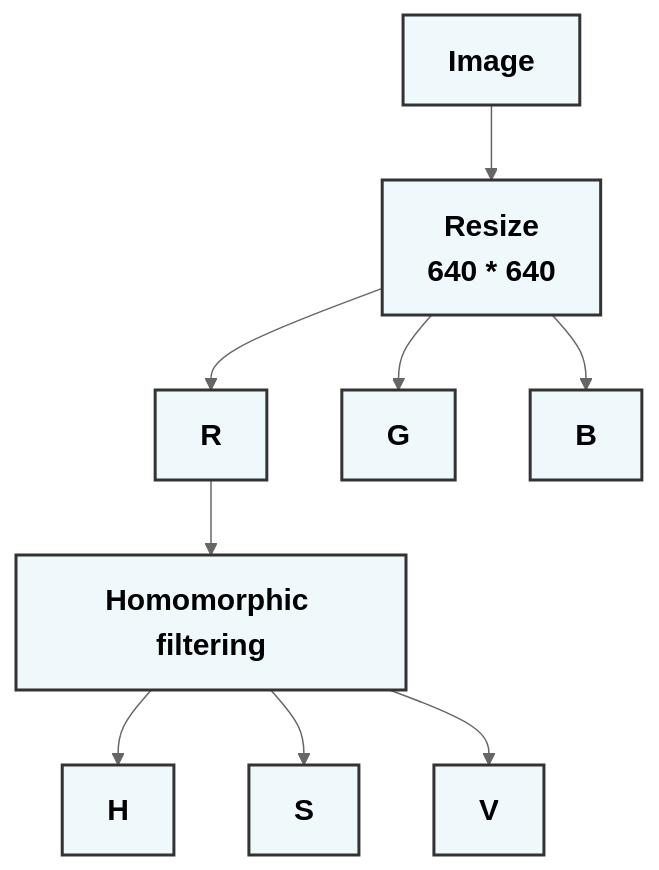
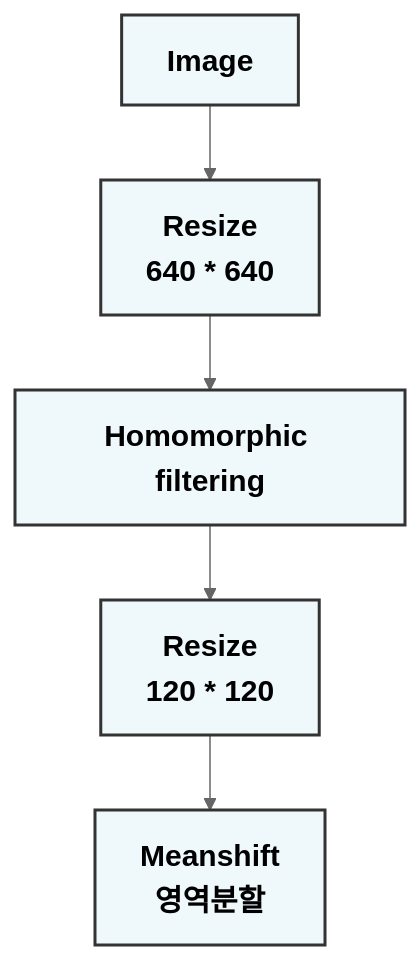
The second of 2 diagrams in Readme.md (201710808/-p), drawn with Mermaid (neutral theme) before and after one commit.

````diff
--- a/Readme.md
+++ b/Readme.md
@@ -13,22 +13,14 @@
 ```mermaid
 graph
 A[<b><span style='font-size:20px'>Image</span></b>]-->B[<b><span style='font-size:20px'>Resize<br>640 * 640</span></b>]
-B-->C1[<b><span style='font-size:20px'>R</span></b>]
-B-->C2[<b><span style='font-size:20px'>G</span></b>]
-B-->C3[<b><span style='font-size:20px'>B</span></b>]
-C1-->D[<b><span style='font-size:20px'>Homomorphic filtering</span></b>]
-D-->E1[<b><span style='font-size:20px'>H</span></b>]
-D-->E2[<b><span style='font-size:20px'>S</span></b>]
-D-->E3[<b><span style='font-size:20px'>V</span></b>]
+B-->C[<b><span style='font-size:20px'>Homomorphic filtering</span></b>]
+C-->D[<b><span style='font-size:20px'>Resize<br>120 * 120</span></b>]
+D-->E[<b><span style='font-size:20px'>Meanshift<br>영역분할</span></b>]
 
 
 style A fill:#EFF8FB ,stroke:#333,stroke-width:2px
 style B fill:#EFF8FB ,stroke:#333,stroke-width:2px
-style C1 fill:#EFF8FB ,stroke:#333,stroke-width:2px
-style C2 fill:#EFF8FB ,stroke:#333,stroke-width:2px
-style C3 fill:#EFF8FB ,stroke:#333,stroke-width:2px
+style C fill:#EFF8FB ,stroke:#333,stroke-width:2px
 style D fill:#EFF8FB ,stroke:#333,stroke-width:2px
-style E1 fill:#EFF8FB ,stroke:#333,stroke-width:2px
-style E2 fill:#EFF8FB ,stroke:#333,stroke-width:2px
-style E3 fill:#EFF8FB ,stroke:#333,stroke-width:2px
+style E fill:#EFF8FB ,stroke:#333,stroke-width:2px
 ```
````
